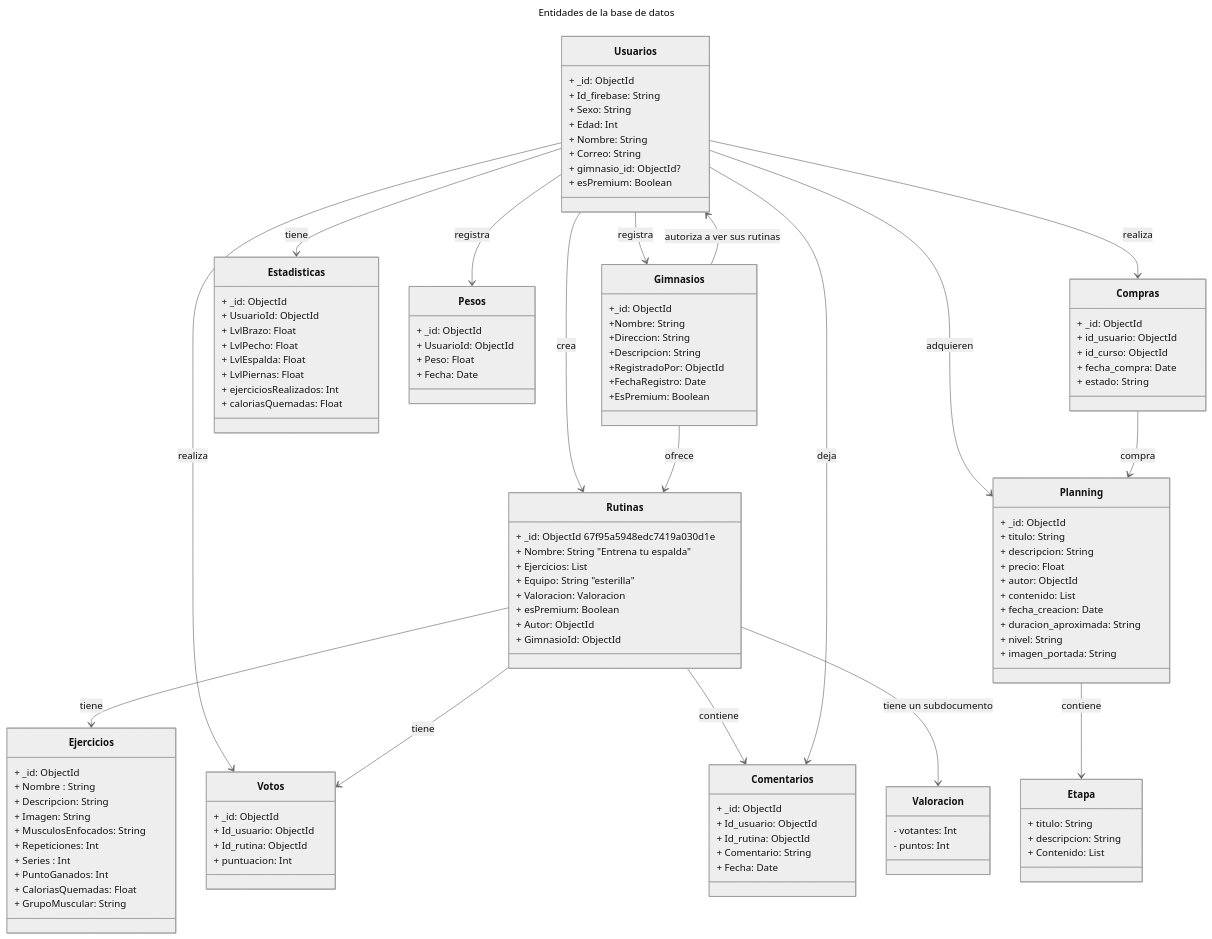
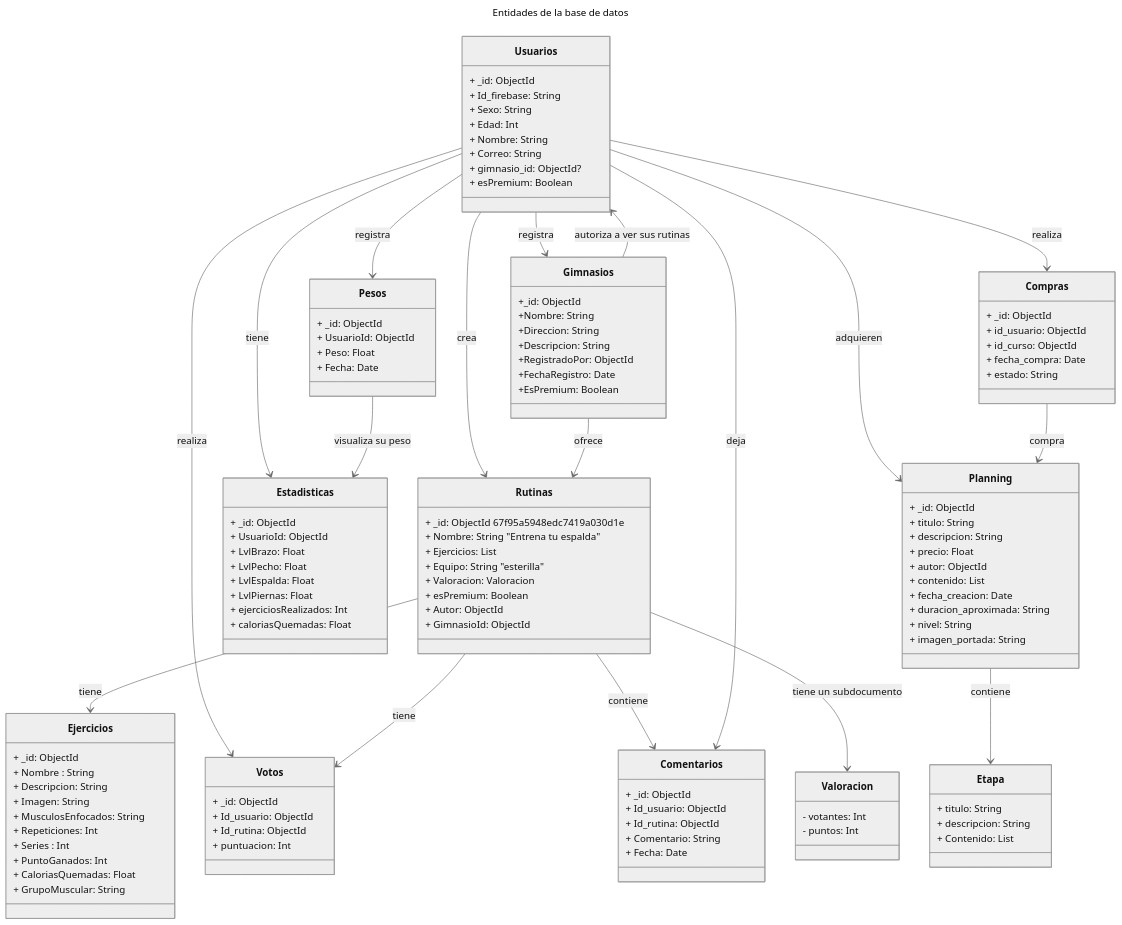
The second of 4 diagrams in readme.md (dganicolas/RutifyApi), drawn with Mermaid (neutral theme) before and after one commit.

Commit message:
añado entidad Cursos y Compras

```diff
--- a/readme.md
+++ b/readme.md
@@ -55,6 +55,7 @@
     Usuarios --> Planning : adquieren 
     Usuarios --> Compras : realiza
     Compras --> Planning : compra
+    Pesos --> Estadisticas : visualiza su peso
     
     class Usuarios{
         + _id: ObjectId
```
